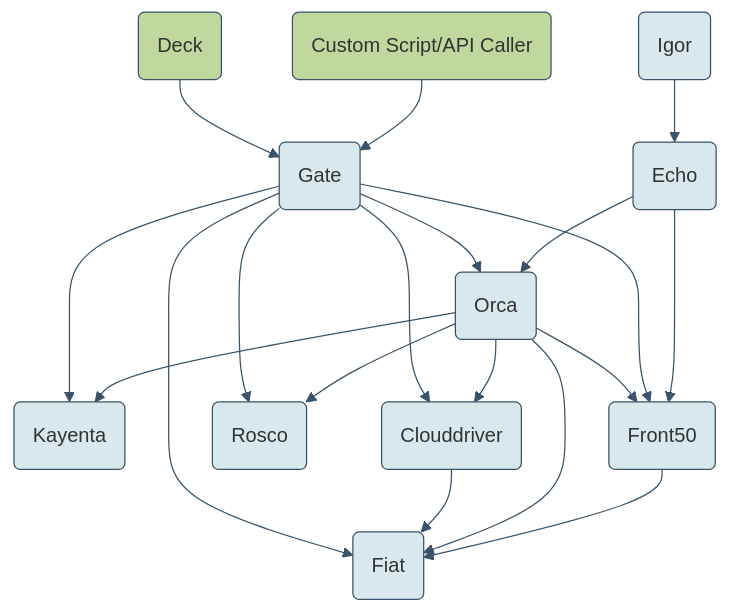
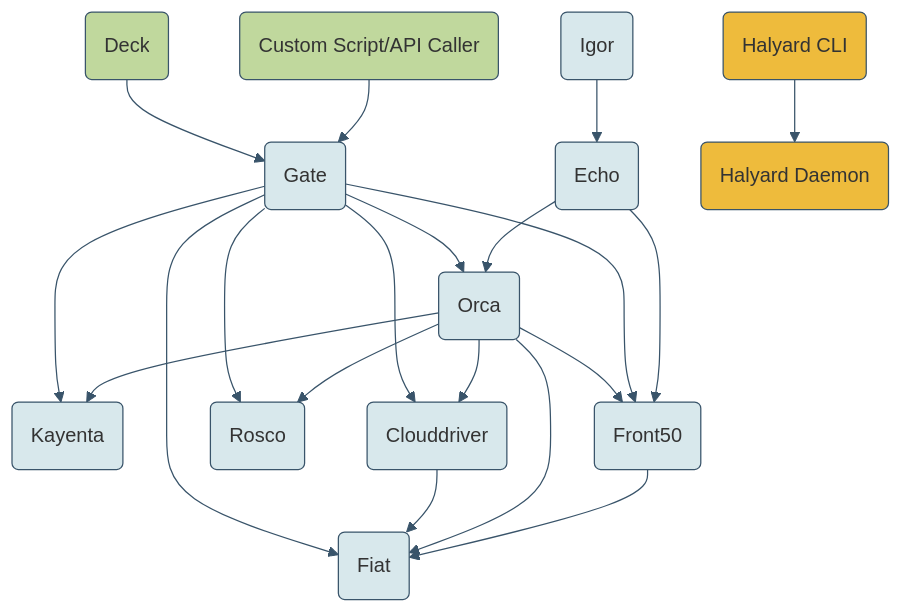
Before and after one commit to spinnaker/spinnaker.github.io: the diagram in reference/architecture/index.md, drawn with Mermaid. The commit also changed other lines of this file, not shown here.

Commit message:
feat(reference/architecture): add halyard to the dependancy graph

```diff
--- a/reference/architecture/index.md
+++ b/reference/architecture/index.md
@@ -69,28 +70,33 @@
  <div class="mermaid">
  graph TB
 
  deck(Deck) --> gate;
  api(Custom Script/API Caller) --> gate(Gate);
  gate --> kayenta(Kayenta);
  gate --> orca(Orca);
  gate --> clouddriver(Clouddriver);
  orca --> clouddriver;
  gate --> rosco(Rosco);
  orca --> front50;
  orca --> rosco;
  gate --> front50(Front50);
  gate --> fiat(Fiat);
  orca --> kayenta;
  clouddriver --> fiat;
  orca --> fiat;
  front50 --> fiat;
  echo(Echo) --> orca;
  echo --> front50;
  igor(Igor) --> echo;
 
+ hal(Halyard CLI) --> halyard(Halyard Daemon);
+
  classDef default fill:#d8e8ec,stroke:#39546a;
  linkStyle default stroke:#39546a,stroke-width:1px,fill:none;
 
+ classDef halStyle fill:#eebb3c,stroke:#39546a;
+ class halyard,hal halStyle;
+
  classDef external fill:#c0d89d,stroke:#39546a;
- class deck,api external
+ class deck,api external;
  </div>
```
